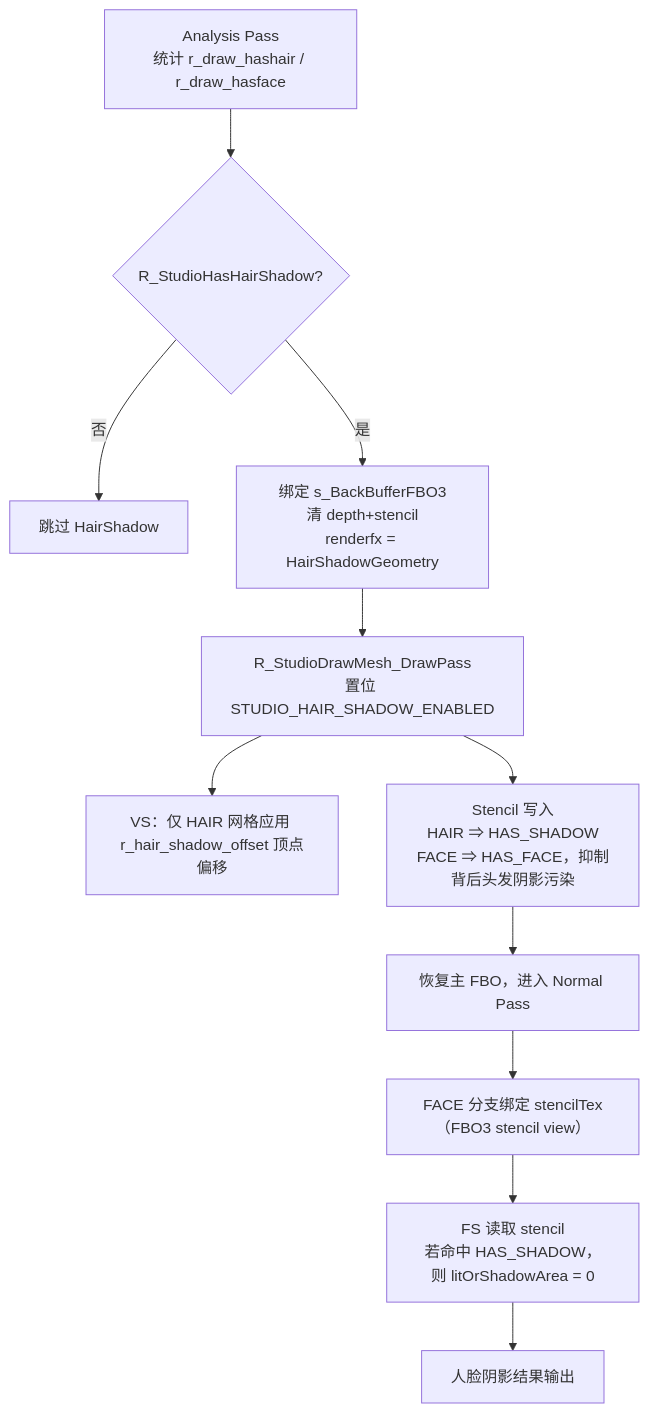
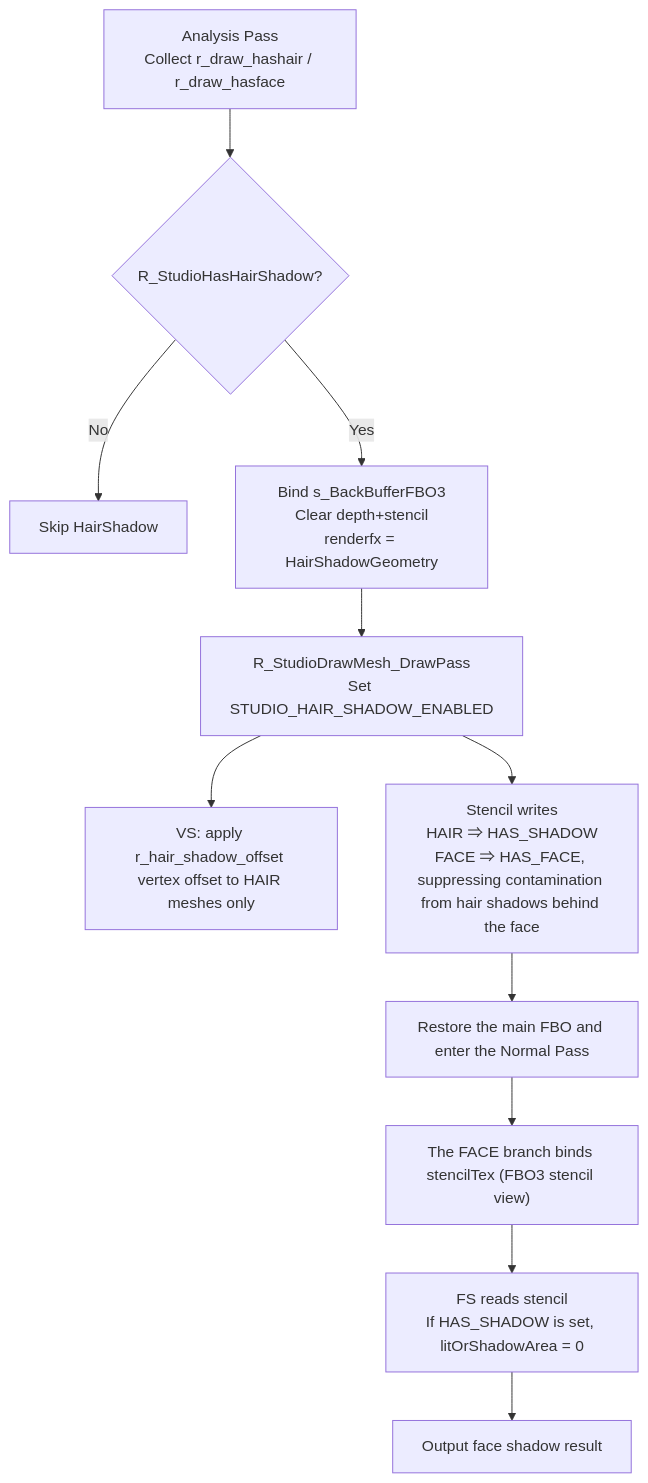
One commit to hzqst/MetaHookSv changed the diagram in memory/HairShadow.md. Above: the diagram before and after it, drawn with Mermaid. The commit also changed other lines of this file and 47 other files, not shown here.

````diff
--- a/memory/HairShadow.md
+++ b/memory/HairShadow.md
@@ -35,13 +35,13 @@
 ```mermaid
 flowchart TD
-    A["Analysis Pass<br/>统计 r_draw_hashair / r_draw_hasface"] --> B{"R_StudioHasHairShadow?"}
-    B -- 否 --> Z["跳过 HairShadow"]
-    B -- 是 --> C["绑定 s_BackBufferFBO3<br/>清 depth+stencil<br/>renderfx = HairShadowGeometry"]
-    C --> D["R_StudioDrawMesh_DrawPass<br/>置位 STUDIO_HAIR_SHADOW_ENABLED"]
-    D --> E["VS：仅 HAIR 网格应用 r_hair_shadow_offset 顶点偏移"]
-    D --> F["Stencil 写入<br/>HAIR ⇒ HAS_SHADOW<br/>FACE ⇒ HAS_FACE，抑制背后头发阴影污染"]
-    F --> G["恢复主 FBO，进入 Normal Pass"]
-    G --> H["FACE 分支绑定 stencilTex（FBO3 stencil view）"]
-    H --> I["FS 读取 stencil<br/>若命中 HAS_SHADOW，则 litOrShadowArea = 0"]
-    I --> J["人脸阴影结果输出"]
+    A["Analysis Pass<br/>Collect r_draw_hashair / r_draw_hasface"] --> B{"R_StudioHasHairShadow?"}
+    B -- No --> Z["Skip HairShadow"]
+    B -- Yes --> C["Bind s_BackBufferFBO3<br/>Clear depth+stencil<br/>renderfx = HairShadowGeometry"]
+    C --> D["R_StudioDrawMesh_DrawPass<br/>Set STUDIO_HAIR_SHADOW_ENABLED"]
+    D --> E["VS: apply r_hair_shadow_offset vertex offset to HAIR meshes only"]
+    D --> F["Stencil writes<br/>HAIR ⇒ HAS_SHADOW<br/>FACE ⇒ HAS_FACE, suppressing contamination from hair shadows behind the face"]
+    F --> G["Restore the main FBO and enter the Normal Pass"]
+    G --> H["The FACE branch binds stencilTex (FBO3 stencil view)"]
+    H --> I["FS reads stencil<br/>If HAS_SHADOW is set, litOrShadowArea = 0"]
+    I --> J["Output face shadow result"]
 ```
````
